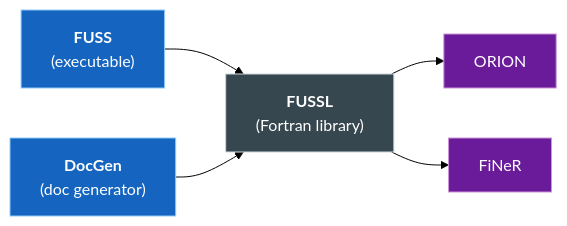
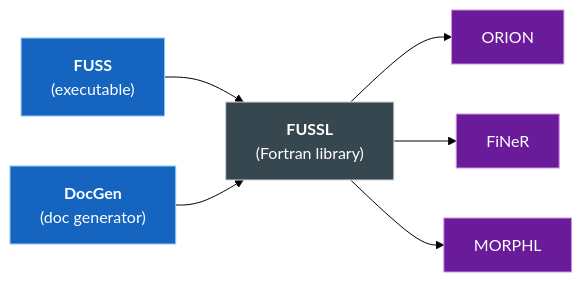
Before and after one commit to open-hydra/FUSS: the eighth of 8 diagrams in docs/development/structure.md, drawn with Mermaid (forest theme). The commit also changed other lines of this file and 2 other files, not shown here.

````diff
--- a/docs/development/structure.md
+++ b/docs/development/structure.md
@@ -333,19 +337,22 @@
 ```mermaid
 graph LR
     FUSSL["<b>FUSSL</b><br/>(Fortran library)"]
     FUSS_EXE["<b>FUSS</b><br/>(executable)"]
     DocGen["<b>DocGen</b><br/>(doc generator)"]
     ORION_LIB["ORION"]
     FiNeR_LIB["FiNeR"]
+    MORPHL_LIB["MORPHL"]
 
     FUSS_EXE --> FUSSL
     DocGen --> FUSSL
     FUSSL --> ORION_LIB
     FUSSL --> FiNeR_LIB
+    FUSSL --> MORPHL_LIB
 
     style FUSSL fill:#37474f,stroke:#cfd8dc,color:#fff
     style FUSS_EXE fill:#1565c0,stroke:#90caf9,color:#fff
     style DocGen fill:#1565c0,stroke:#90caf9,color:#fff
     style ORION_LIB fill:#6a1b9a,stroke:#ce93d8,color:#fff
     style FiNeR_LIB fill:#6a1b9a,stroke:#ce93d8,color:#fff
+    style MORPHL_LIB fill:#6a1b9a,stroke:#ce93d8,color:#fff
 ```
````
